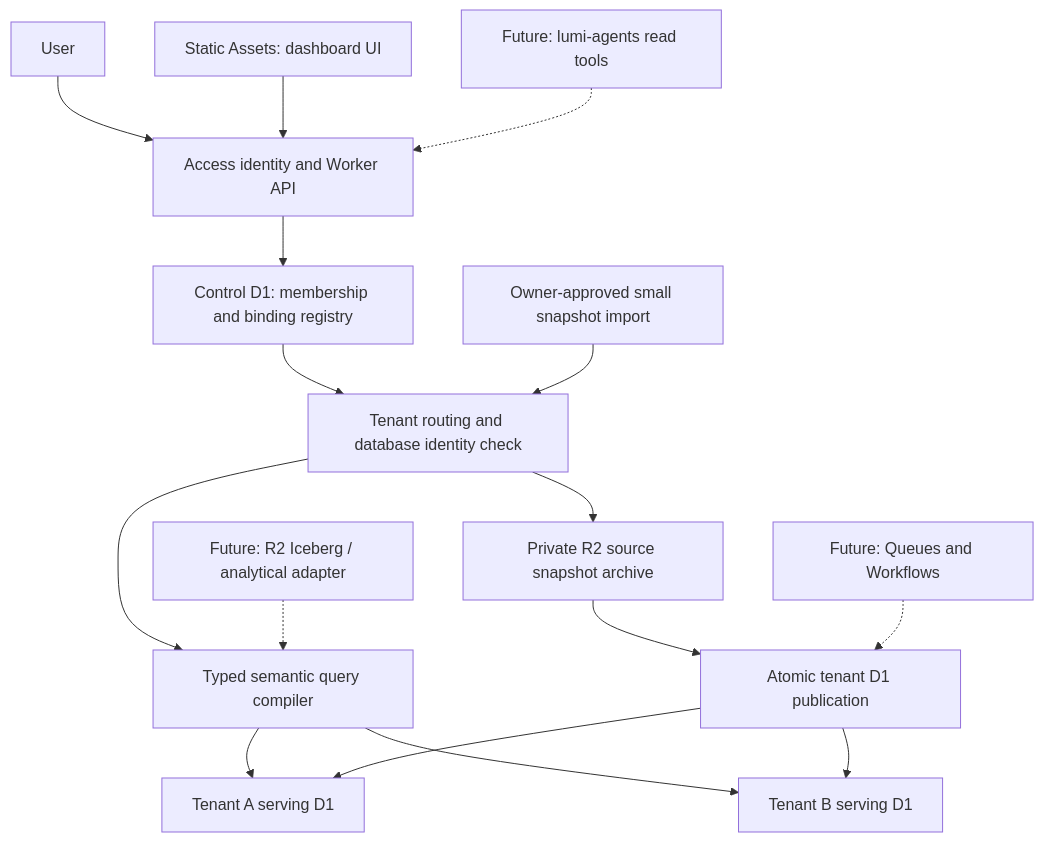
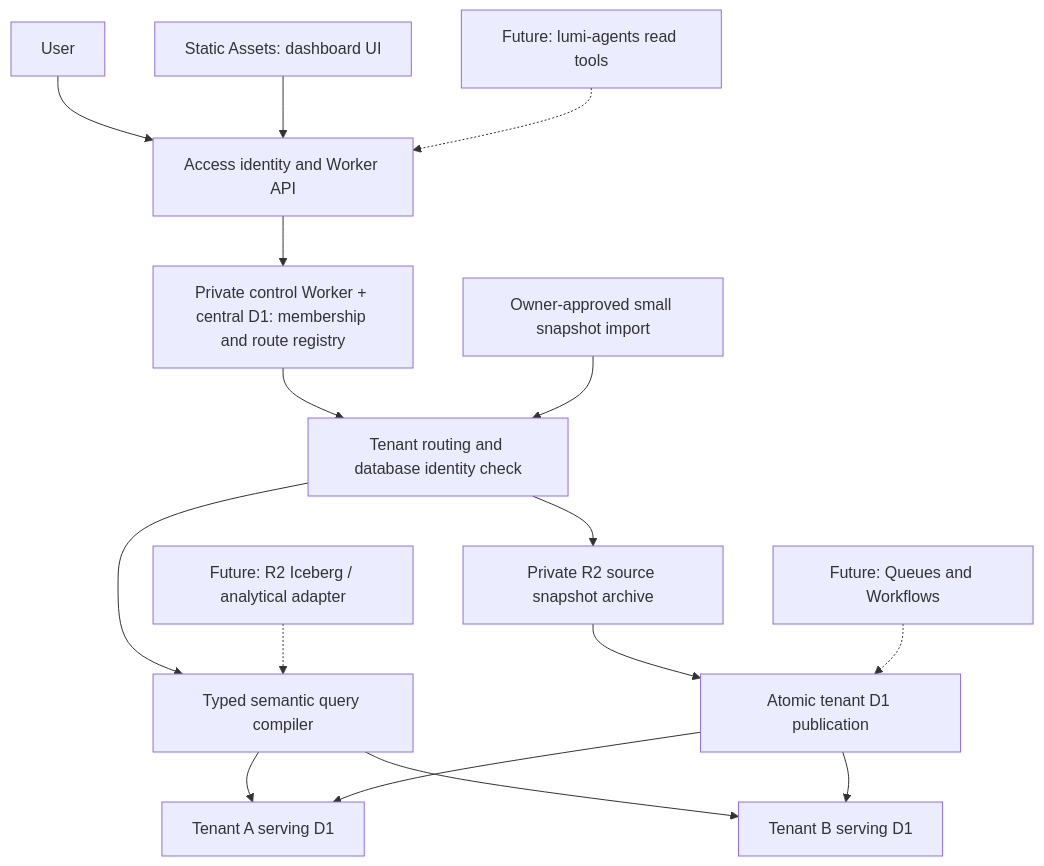
The diagram in docs/architecture.md (RunLumi/bi.runlumi.app), drawn with Mermaid before and after one commit. The commit also changed other lines of this file and 74 other files, not shown here.

````diff
--- a/docs/architecture.md
+++ b/docs/architecture.md
@@ -16,18 +16,18 @@
 ```mermaid
 flowchart TD
   U[User] --> A[Access identity and Worker API]
   W[Static Assets: dashboard UI] --> A
-  A --> C[Control D1: membership and binding registry]
+  A --> C[Private control Worker + central D1: membership and route registry]
   C --> R[Tenant routing and database identity check]
   R --> Q[Typed semantic query compiler]
   Q --> D1[Tenant A serving D1]
   Q --> D2[Tenant B serving D1]
   I[Owner-approved small snapshot import] --> R
   R --> O[Private R2 source snapshot archive]
   O --> P[Atomic tenant D1 publication]
   P --> D1
   P --> D2
   X[Future: Queues and Workflows] -.-> P
   L[Future: R2 Iceberg / analytical adapter] -.-> Q
   G[Future: lumi-agents read tools] -.-> A
 ```
````
